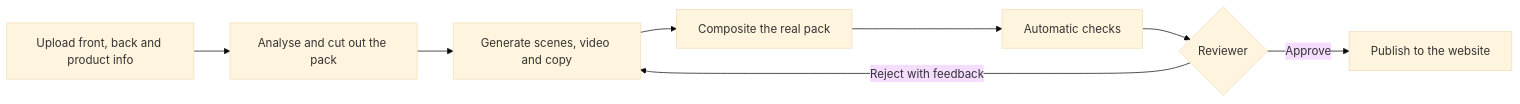
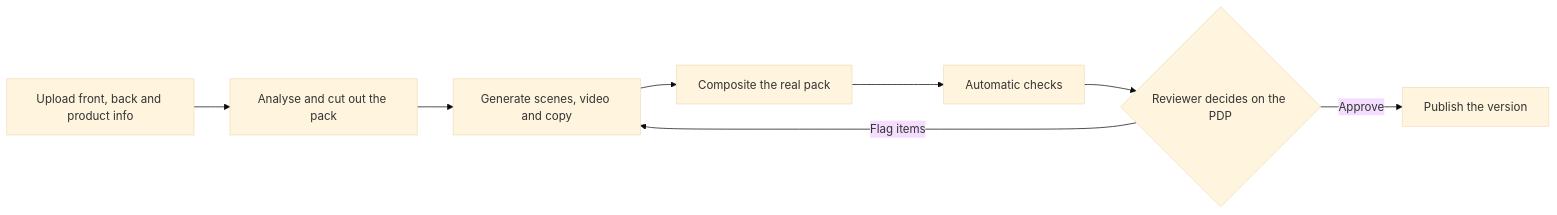
The diagram in README.md (hollaugo/shelf-studio), drawn with Mermaid (base theme) before and after one commit. The commit also changed other lines of this file and 54 other files, not shown here.

````diff
--- a/README.md
+++ b/README.md
@@ -12,10 +12,10 @@
 ```mermaid
 flowchart LR
   A[Upload front, back and product info] --> B[Analyse and cut out the pack]
   B --> C[Generate scenes, video and copy]
   C --> D[Composite the real pack]
   D --> E[Automatic checks]
-  E --> F{Reviewer}
-  F -- Approve --> G[Publish to the website]
-  F -- Reject with feedback --> C
+  E --> F{Reviewer decides on the PDP}
+  F -- Approve --> G[Publish the version]
+  F -- Flag items --> C
 ```
````
